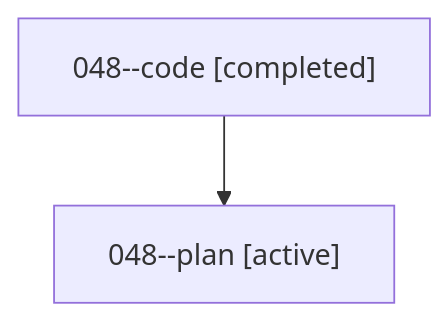
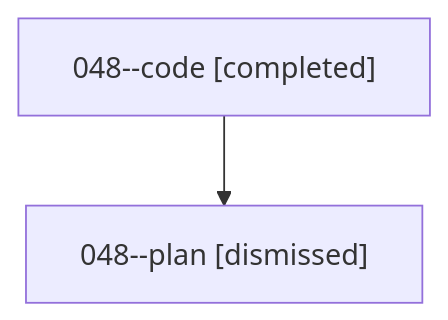
Before and after one commit to sase-org/sase--agents: the diagram in sessions/bbugyi200.athena.048.md, drawn with Mermaid. The commit also changed other lines of this file and 31 other files, not shown here.

````diff
--- a/sessions/bbugyi200.athena.048.md
+++ b/sessions/bbugyi200.athena.048.md
@@ -9,6 +9,6 @@
 ```mermaid
 flowchart TD
   n0["048--code [completed]"]
-  n1["048--plan [active]"]
+  n1["048--plan [dismissed]"]
   n0 --> n1
 ```
````
